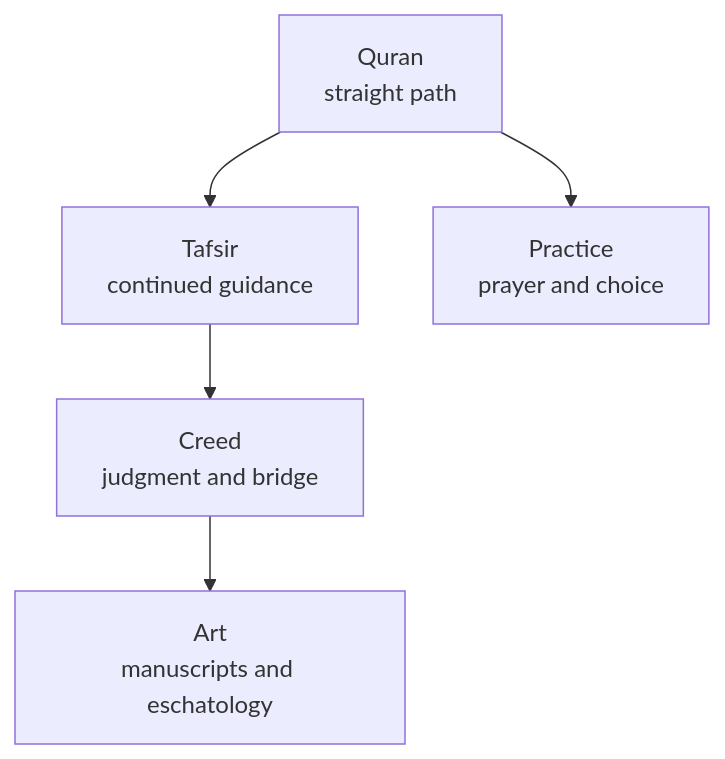
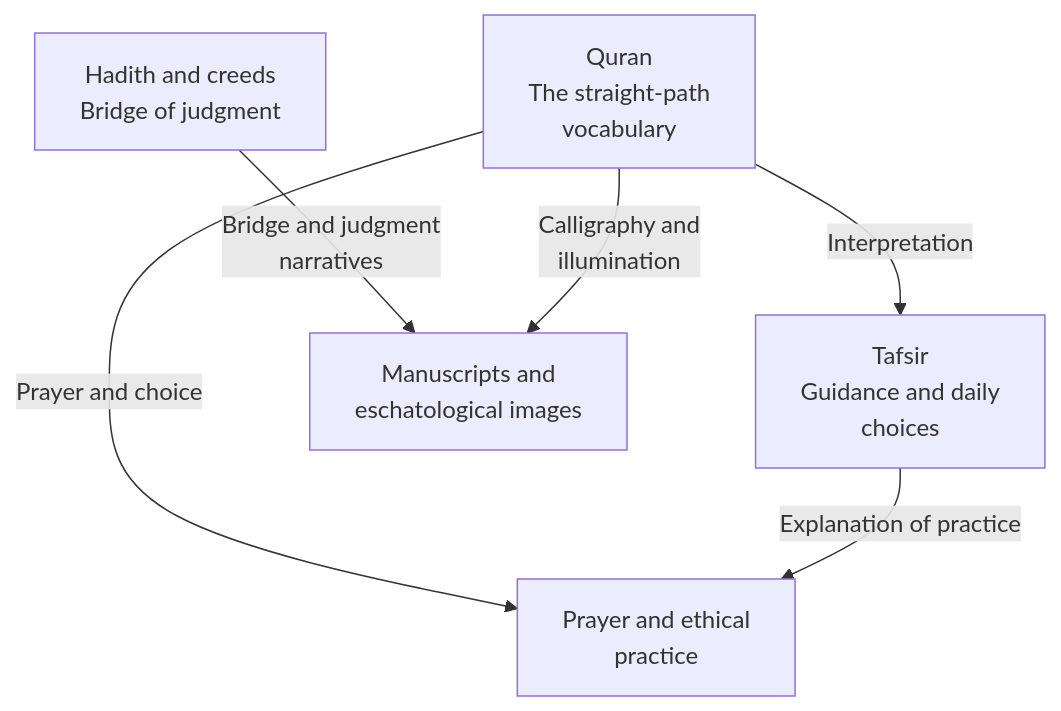
One commit to daylight55/research changed the diagram in articles/report/quran-sirat-path-bridge/en/index.mdx. Above: the diagram before and after it, drawn with Mermaid. The commit also changed 181 other files, not shown here.

First line of the commit message:
全記事の図解368点を再生成し、共通注意書きを削除 (#402)

````diff
--- a/articles/report/quran-sirat-path-bridge/en/index.mdx
+++ b/articles/report/quran-sirat-path-bridge/en/index.mdx
@@ -30,7 +30,15 @@
 ```mermaid
 flowchart TD
-  Q["Quran<br/>straight path"] --> T["Tafsir<br/>continued guidance"]
-  T --> C["Creed<br/>judgment and bridge"]
-  C --> A["Art<br/>manuscripts and eschatology"]
-  Q --> P["Practice<br/>prayer and choice"]
+  accTitle: Sources for Sirat as the straight path and bridge of judgment
+  accDescr: Distinguish Quranic path vocabulary, tafsir interpretation and hadith and creedal bridge descriptions, then trace their links to practice and images.
+  N0["Quran<br/>The straight-path<br/>vocabulary"]
+  N1["Tafsir<br/>Guidance and daily<br/>choices"]
+  N2["Hadith and creeds<br/>Bridge of judgment"]
+  N3["Prayer and ethical<br/>practice"]
+  N4["Manuscripts and<br/>eschatological images"]
+  N0 -->|Interpretation| N1
+  N0 -->|Prayer and choice| N3
+  N2 -->|Bridge and judgment<br/>narratives| N4
+  N0 -->|Calligraphy and<br/>illumination| N4
+  N1 -->|Explanation of practice| N3
 ```
````
